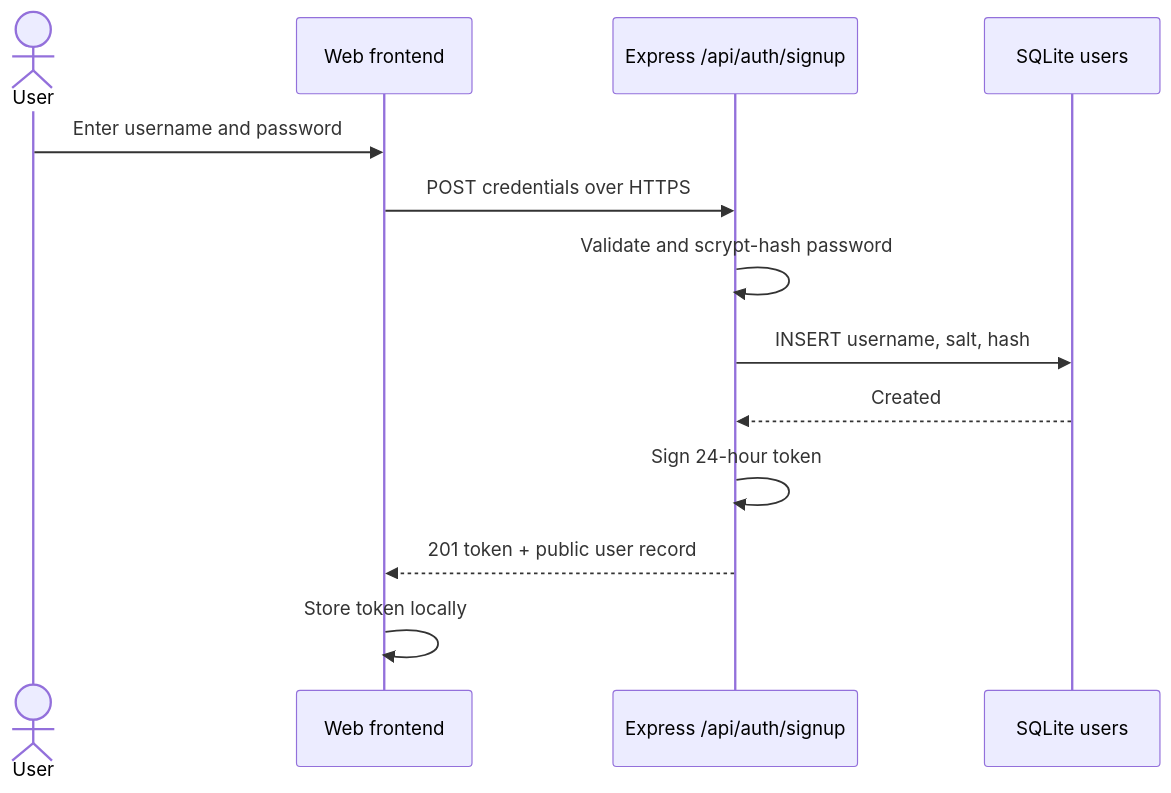
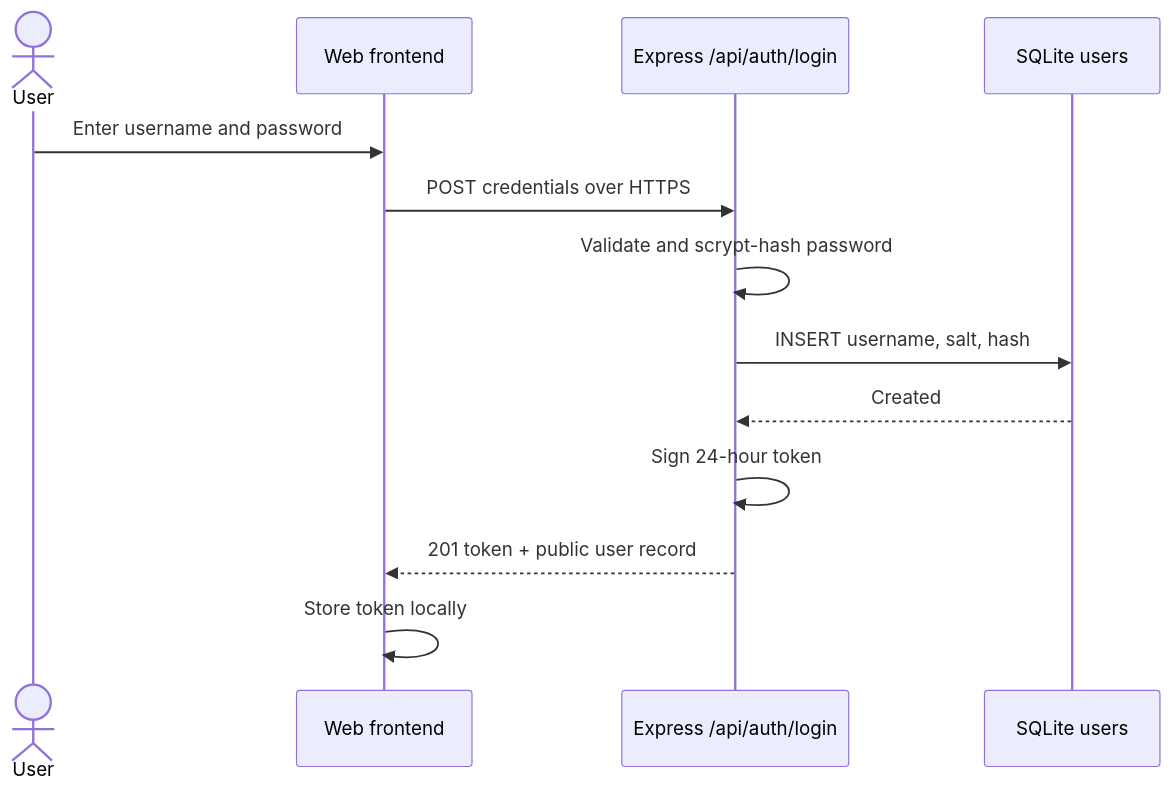
Before and after one commit to VictorWu-oss/SWE-Group-Project: the first of 3 diagrams in docs/access-control-sequences.md, drawn with Mermaid. The commit also changed other lines of this file and 4 other files, not shown here.

Commit message:
fix: reconcile merged authentication schema

````diff
--- a/docs/access-control-sequences.md
+++ b/docs/access-control-sequences.md
@@ -7,15 +7,15 @@
 ```mermaid
 sequenceDiagram
   actor User
   participant Web as Web frontend
-  participant API as Express /api/auth/signup
+  participant API as Express /api/auth/login
   participant DB as SQLite users
   User->>Web: Enter username and password
   Web->>API: POST credentials over HTTPS
   API->>API: Validate and scrypt-hash password
   API->>DB: INSERT username, salt, hash
   DB-->>API: Created
   API->>API: Sign 24-hour token
   API-->>Web: 201 token + public user record
   Web->>Web: Store token locally
 ```
````
